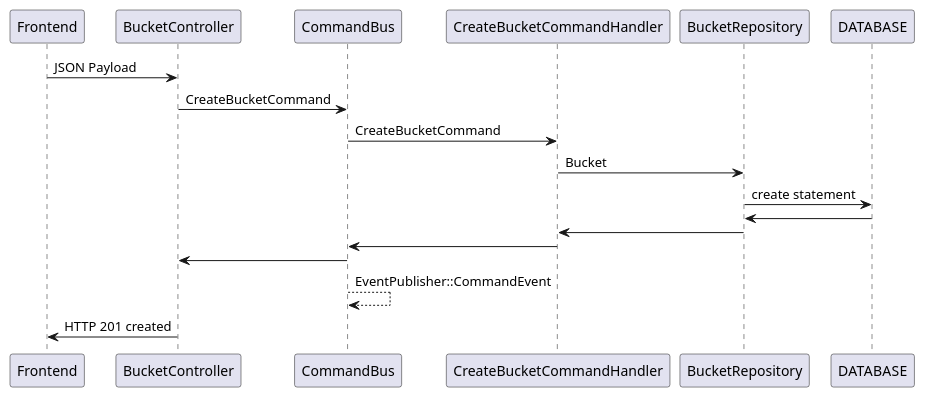
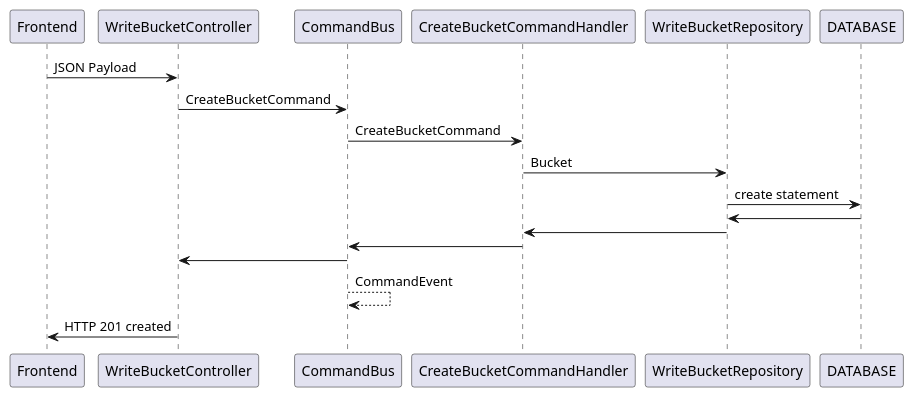
One commit to mariorez/kanban-board changed the diagram in 01-write-create-bucket-seq.puml. Above: the diagram before and after it, drawn with PlantUML. The commit also changed 15 other files, not shown here.

```diff
--- a/01-write-create-bucket-seq.puml
+++ b/01-write-create-bucket-seq.puml
@@ -1,13 +1,13 @@
 @startuml
-Frontend -> BucketController: JSON Payload
-BucketController -> CommandBus: CreateBucketCommand
+Frontend -> WriteBucketController: JSON Payload
+WriteBucketController -> CommandBus: CreateBucketCommand
 CommandBus -> CreateBucketCommandHandler: CreateBucketCommand
-CreateBucketCommandHandler -> BucketRepository: Bucket
-BucketRepository -> DATABASE: create statement
-DATABASE -> BucketRepository
-BucketRepository -> CreateBucketCommandHandler
+CreateBucketCommandHandler -> WriteBucketRepository: Bucket
+WriteBucketRepository -> DATABASE: create statement
+DATABASE -> WriteBucketRepository
+WriteBucketRepository -> CreateBucketCommandHandler
 CreateBucketCommandHandler -> CommandBus
-CommandBus -> BucketController
-CommandBus --> CommandBus: EventPublisher::CommandEvent
-BucketController -> Frontend: HTTP 201 created
+CommandBus -> WriteBucketController
+CommandBus --> CommandBus: CommandEvent
+WriteBucketController -> Frontend: HTTP 201 created
 @enduml
```
